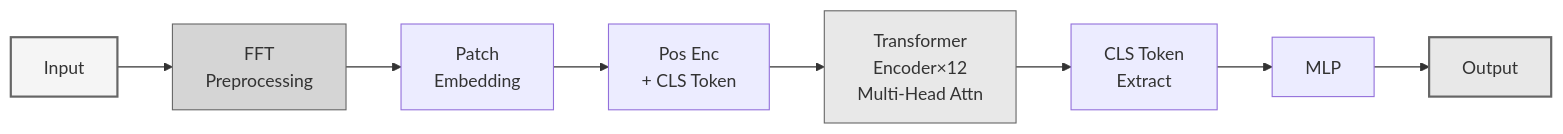
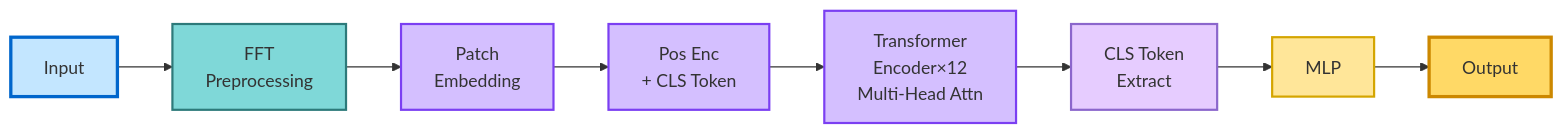
Before and after one commit to soroosh-tanzadeh/rotary-insight: diagram 12 of 13 in models/MODEL_ARCHITECTURES.md, drawn with Mermaid. The commit also changed other lines of this file and 5 other files, not shown here.

````diff
--- a/models/MODEL_ARCHITECTURES.md
+++ b/models/MODEL_ARCHITECTURES.md
@@ -785,13 +832,17 @@
 ```mermaid
 graph LR
     A[Input] --> B[FFT<br/>Preprocessing]
     B --> C[Patch<br/>Embedding]
     C --> D[Pos Enc<br/>+ CLS Token]
     D --> E[Transformer<br/>Encoder×12<br/>Multi-Head Attn]
     E --> F[CLS Token<br/>Extract]
     F --> G[MLP] --> H[Output]
-    style A fill:#f5f5f5,stroke:#666,stroke-width:2px
-    style H fill:#e8e8e8,stroke:#666,stroke-width:2px
-    style E fill:#e8e8e8,stroke:#666
-    style B fill:#d5d5d5,stroke:#666
+    style A fill:#c3e6ff,stroke:#0066cc,stroke-width:3px
+    style B fill:#7fd8d8,stroke:#2d7a7a,stroke-width:2px
+    style C fill:#d4bfff,stroke:#7b3ff2,stroke-width:2px
+    style D fill:#d4bfff,stroke:#7b3ff2,stroke-width:2px
+    style E fill:#d4bfff,stroke:#7b3ff2,stroke-width:2px
+    style F fill:#e6ccff,stroke:#8b66cc,stroke-width:2px
+    style G fill:#ffe699,stroke:#d4a500,stroke-width:2px
+    style H fill:#ffd966,stroke:#cc8800,stroke-width:3px
 ```
````
